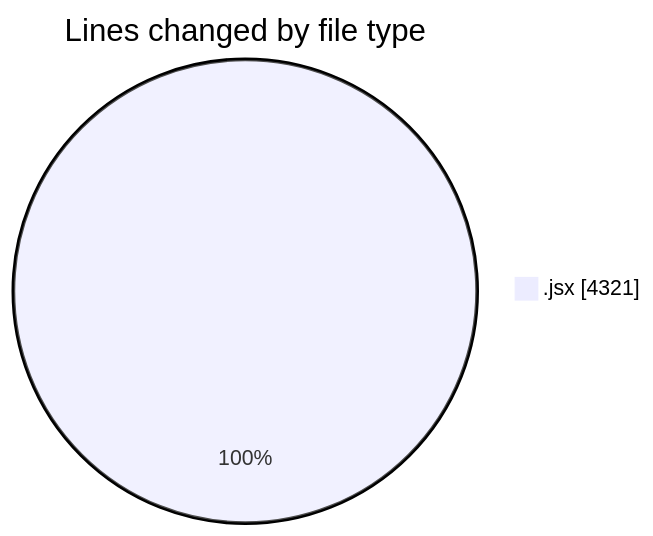
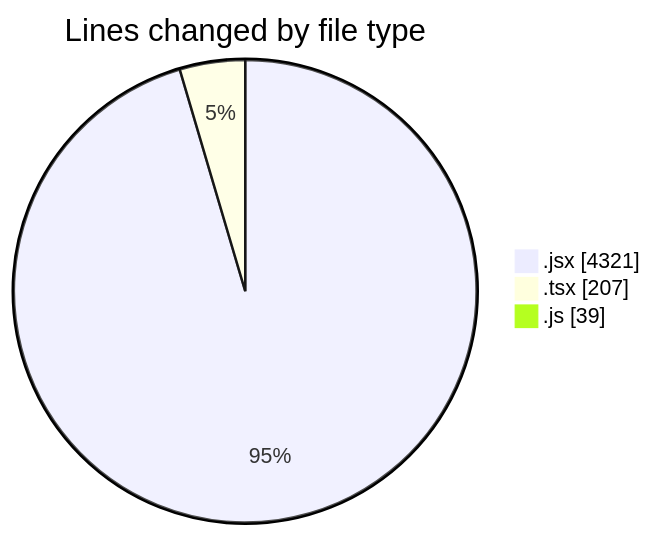
The first of 2 diagrams in 2026-01-13/nxtqube_webapp/README.md (nxtqubesakshisongat/code-tracking), drawn with Mermaid before and after one commit. The commit also changed other lines of this file and 1 other file, not shown here.

````diff
--- a/2026-01-13/nxtqube_webapp/README.md
+++ b/2026-01-13/nxtqube_webapp/README.md
@@ -23,5 +25,7 @@
 ```mermaid
 pie showData
 title Lines changed by file type
 ".jsx" : 4321
+".tsx" : 207
+".js" : 39
 ```
````
